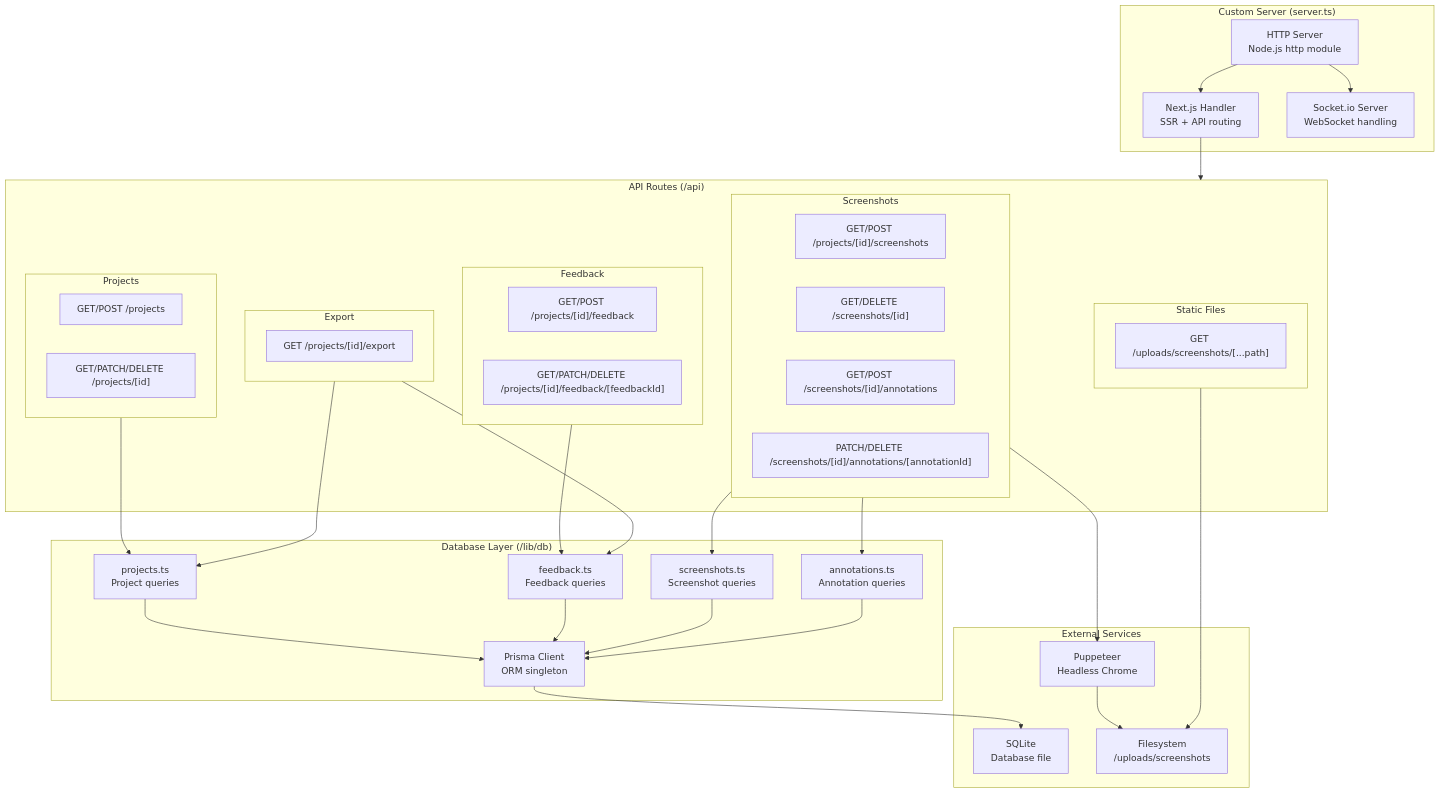
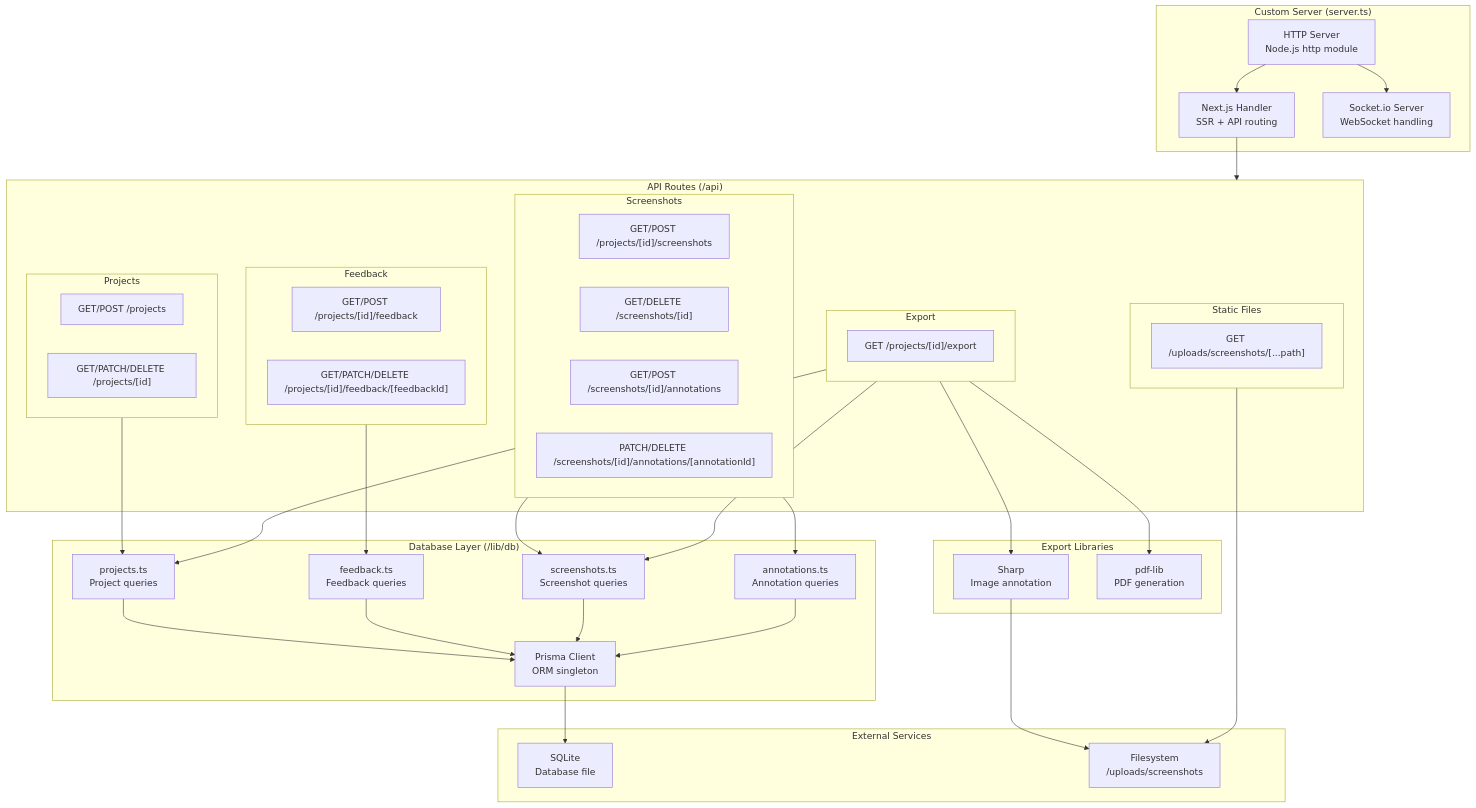
The fourth of 12 diagrams in docs/DIAGRAMS.md (xKarinSan/SnapFeed), drawn with Mermaid before and after one commit. The commit also changed other lines of this file and 6 other files, not shown here.

First line of the commit message:
feat: add PDF export with separate buttons for markdown and PDF

````diff
--- a/docs/DIAGRAMS.md
+++ b/docs/DIAGRAMS.md
@@ -171,67 +171,72 @@
 ```mermaid
 flowchart TB
     subgraph Server["Custom Server (server.ts)"]
         httpserver["HTTP Server<br/>Node.js http module"]
         nexthandler["Next.js Handler<br/>SSR + API routing"]
         socketio["Socket.io Server<br/>WebSocket handling"]
     end
 
     subgraph API["API Routes (/api)"]
         subgraph ProjectsAPI["Projects"]
             projectslist["GET/POST /projects"]
             projectsingle["GET/PATCH/DELETE /projects/[id]"]
         end
         subgraph FeedbackAPI["Feedback"]
             feedbacklist["GET/POST /projects/[id]/feedback"]
             feedbacksingle["GET/PATCH/DELETE /projects/[id]/feedback/[feedbackId]"]
         end
         subgraph ScreenshotsAPI["Screenshots"]
             screenshotslist["GET/POST /projects/[id]/screenshots"]
             screenshotsingle["GET/DELETE /screenshots/[id]"]
             annotationslist["GET/POST /screenshots/[id]/annotations"]
             annotationsingle["PATCH/DELETE /screenshots/[id]/annotations/[annotationId]"]
         end
         subgraph ExportAPI["Export"]
             exportmd["GET /projects/[id]/export"]
         end
         subgraph UploadsAPI["Static Files"]
             uploadsserve["GET /uploads/screenshots/[...path]"]
         end
     end
 
     subgraph Database["Database Layer (/lib/db)"]
         prisma["Prisma Client<br/>ORM singleton"]
         projectsdb["projects.ts<br/>Project queries"]
         feedbackdb["feedback.ts<br/>Feedback queries"]
         screenshotsdb["screenshots.ts<br/>Screenshot queries"]
         annotationsdb["annotations.ts<br/>Annotation queries"]
     end
 
     subgraph External["External Services"]
-        puppeteer["Puppeteer<br/>Headless Chrome"]
         sqlite["SQLite<br/>Database file"]
         filesystem["Filesystem<br/>/uploads/screenshots"]
+    end
+
+    subgraph ExportLib["Export Libraries"]
+        sharp["Sharp<br/>Image annotation"]
+        pdflib["pdf-lib<br/>PDF generation"]
     end
 
     httpserver --> nexthandler
     httpserver --> socketio
 
     nexthandler --> API
 
     ProjectsAPI --> projectsdb
     FeedbackAPI --> feedbackdb
     ScreenshotsAPI --> screenshotsdb
     ScreenshotsAPI --> annotationsdb
-    ScreenshotsAPI --> puppeteer
     ExportAPI --> projectsdb
-    ExportAPI --> feedbackdb
+    ExportAPI --> screenshotsdb
+    ExportAPI --> sharp
+    ExportAPI --> pdflib
     UploadsAPI --> filesystem
 
     projectsdb --> prisma
     feedbackdb --> prisma
     screenshotsdb --> prisma
     annotationsdb --> prisma
 
     prisma --> sqlite
-    puppeteer --> filesystem
+    sharp --> filesystem
 ```
````
